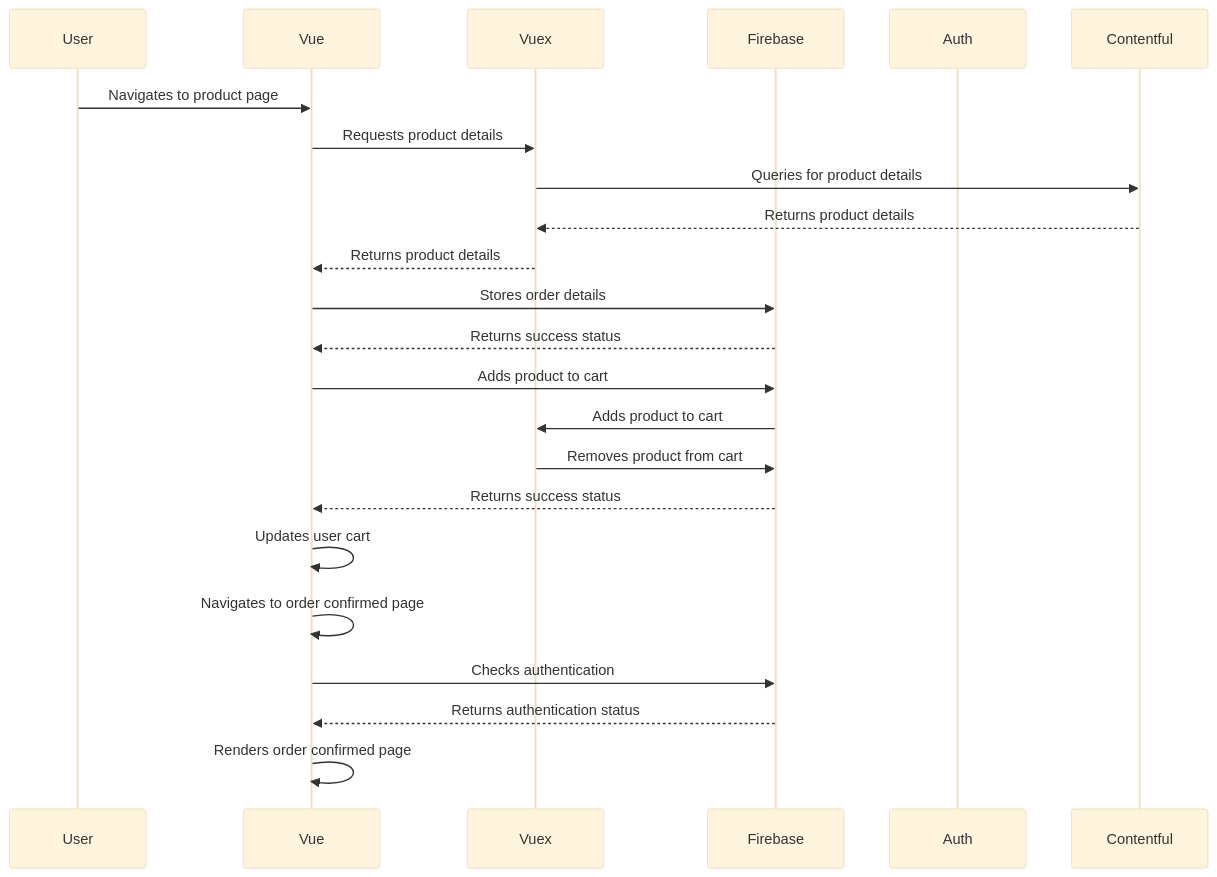
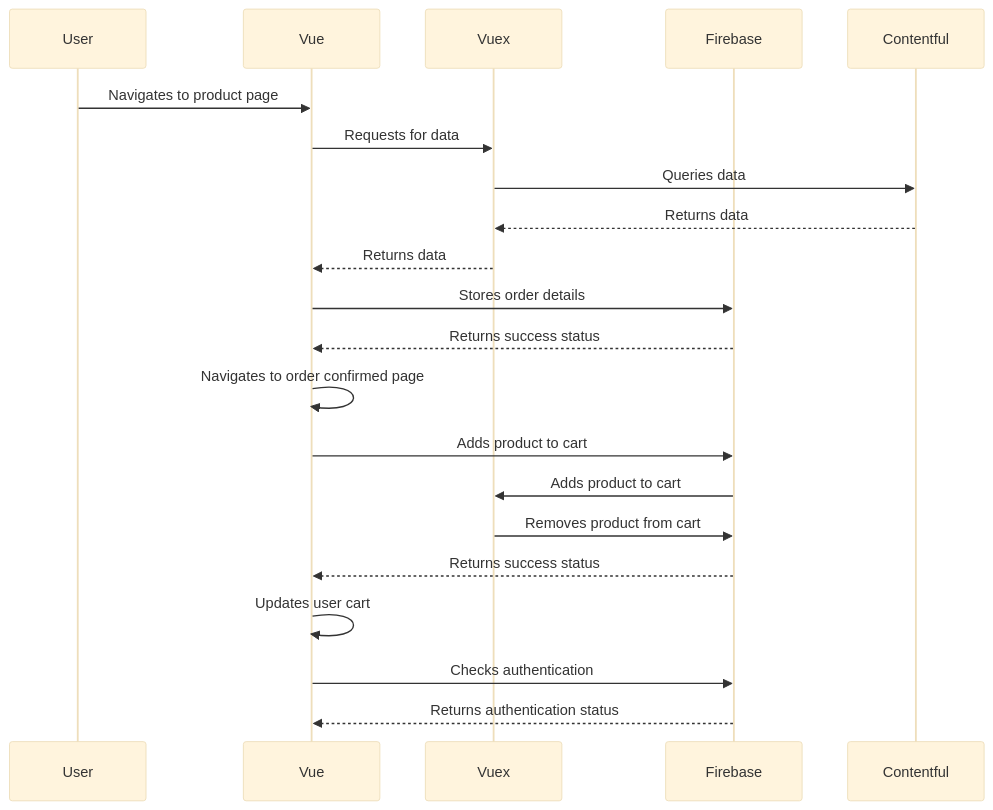
One commit to NaimCode/ecom-vue-sqli changed the second of 2 diagrams in README.md. Above: the diagram before and after it, drawn with Mermaid (base theme).

````diff
--- a/README.md
+++ b/README.md
@@ -41,26 +41,25 @@
 ```mermaid
 sequenceDiagram
     participant User
     participant Vue
     participant Vuex
     participant Firebase
-    participant Auth
     participant Contentful
     User->>Vue: Navigates to product page
-    Vue->>Vuex: Requests product details
-    Vuex->>Contentful: Queries for product details
-    Contentful-->>Vuex: Returns product details
-    Vuex-->>Vue: Returns product details
+    Vue->>Vuex: Requests for data
+    Vuex->>Contentful: Queries data
+    Contentful-->>Vuex: Returns data
+    Vuex-->>Vue: Returns data
     Vue->>Firebase: Stores order details
     Firebase-->>Vue: Returns success status
+      Vue->>Vue: Navigates to order confirmed page
     Vue->>Firebase: Adds product to cart
     Firebase->>Vuex: Adds product to cart
     Vuex->>Firebase: Removes product from cart
     Firebase-->>Vue: Returns success status
     Vue->>Vue: Updates user cart
-    Vue->>Vue: Navigates to order confirmed page
+  
     Vue->>Firebase: Checks authentication
     Firebase-->>Vue: Returns authentication status
-    Vue->>Vue: Renders order confirmed page
 
 ```
````
